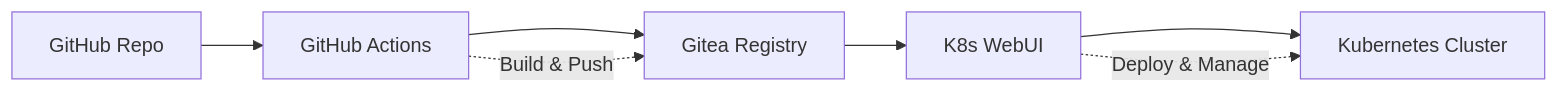
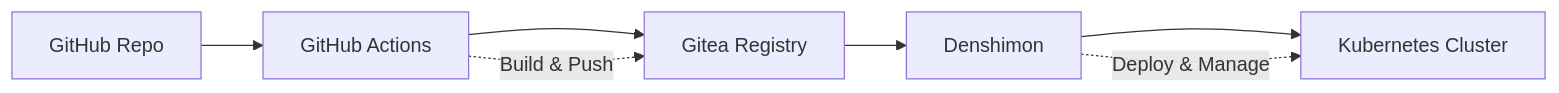
One commit to archellir/denshimon changed the diagram in README.md. Above: the diagram before and after it, drawn with Mermaid. The commit also changed other lines of this file, not shown here.

Commit message:
docs(readme): rename project from K8s WebUI to Denshimon

````diff
--- a/README.md
+++ b/README.md
@@ -135,10 +135,10 @@
 ```mermaid
 graph LR
     A[GitHub Repo] --> B[GitHub Actions]
     B --> C[Gitea Registry]  
-    C --> D[K8s WebUI]
+    C --> D[Denshimon]
     D --> E[Kubernetes Cluster]
     
     B -.->|Build & Push| C
     D -.->|Deploy & Manage| E
 ```
````
